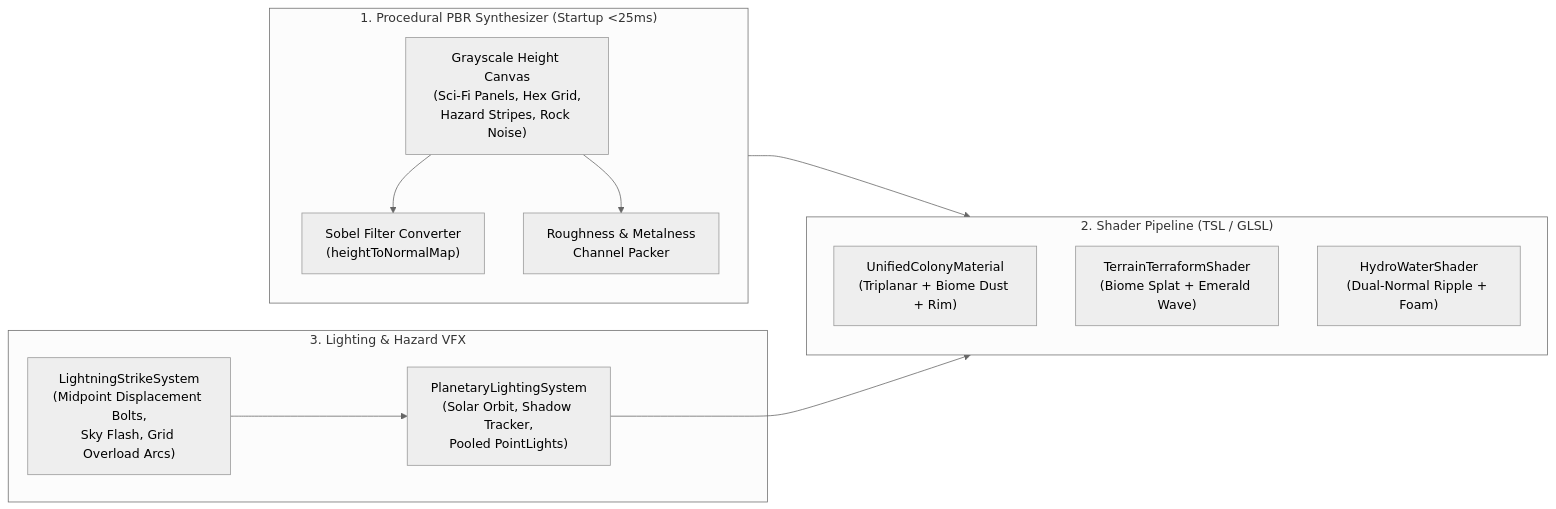
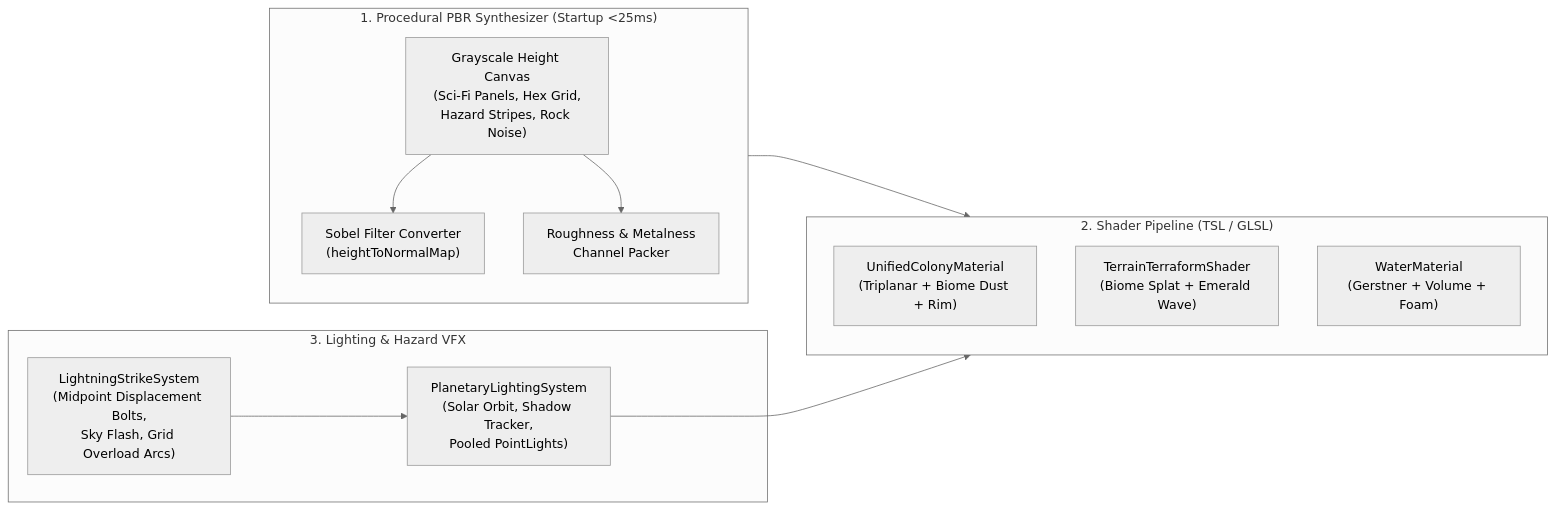
Before and after one commit to recferret-bit/terraagent: the diagram in docs/visuals/textures-shaders-lighting-spec.md, drawn with Mermaid (neutral theme). The commit also changed other lines of this file and 331 other files, not shown here.

````diff
--- a/docs/visuals/textures-shaders-lighting-spec.md
+++ b/docs/visuals/textures-shaders-lighting-spec.md
@@ -20,25 +20,25 @@
 ```mermaid
 flowchart LR
     subgraph TexGen["1. Procedural PBR Synthesizer (Startup <25ms)"]
         H["Grayscale Height Canvas\n(Sci-Fi Panels, Hex Grid,\nHazard Stripes, Rock Noise)"]
         S["Sobel Filter Converter\n(heightToNormalMap)"]
         R["Roughness & Metalness\nChannel Packer"]
         H --> S
         H --> R
     end
 
     subgraph Shaders["2. Shader Pipeline (TSL / GLSL)"]
         U["UnifiedColonyMaterial\n(Triplanar + Biome Dust + Rim)"]
         T["TerrainTerraformShader\n(Biome Splat + Emerald Wave)"]
-        W["HydroWaterShader\n(Dual-Normal Ripple + Foam)"]
+        W["WaterMaterial\n(Gerstner + Volume + Foam)"]
     end
 
     subgraph LightVFX["3. Lighting & Hazard VFX"]
         L1["PlanetaryLightingSystem\n(Solar Orbit, Shadow Tracker,\nPooled PointLights)"]
         L2["LightningStrikeSystem\n(Midpoint Displacement Bolts,\nSky Flash, Grid Overload Arcs)"]
     end
 
     TexGen --> Shaders
     L1 --> Shaders
     L2 --> L1
 ```
````
